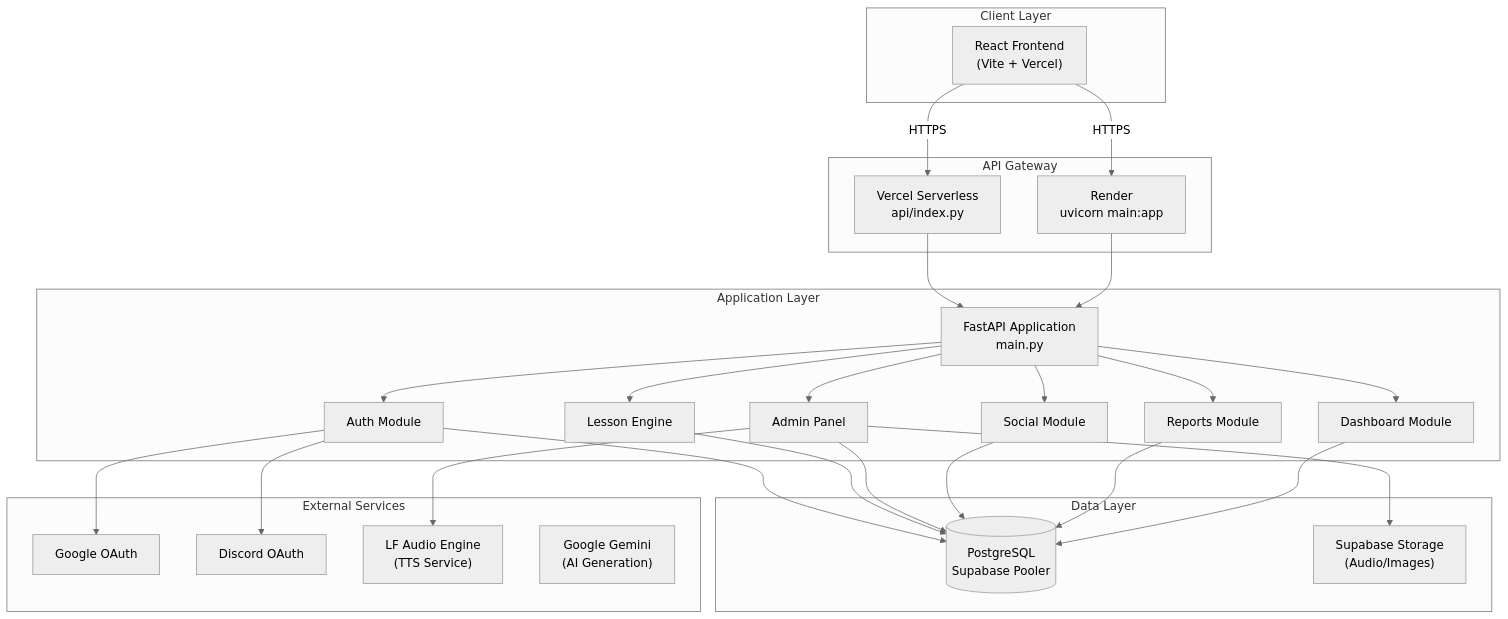
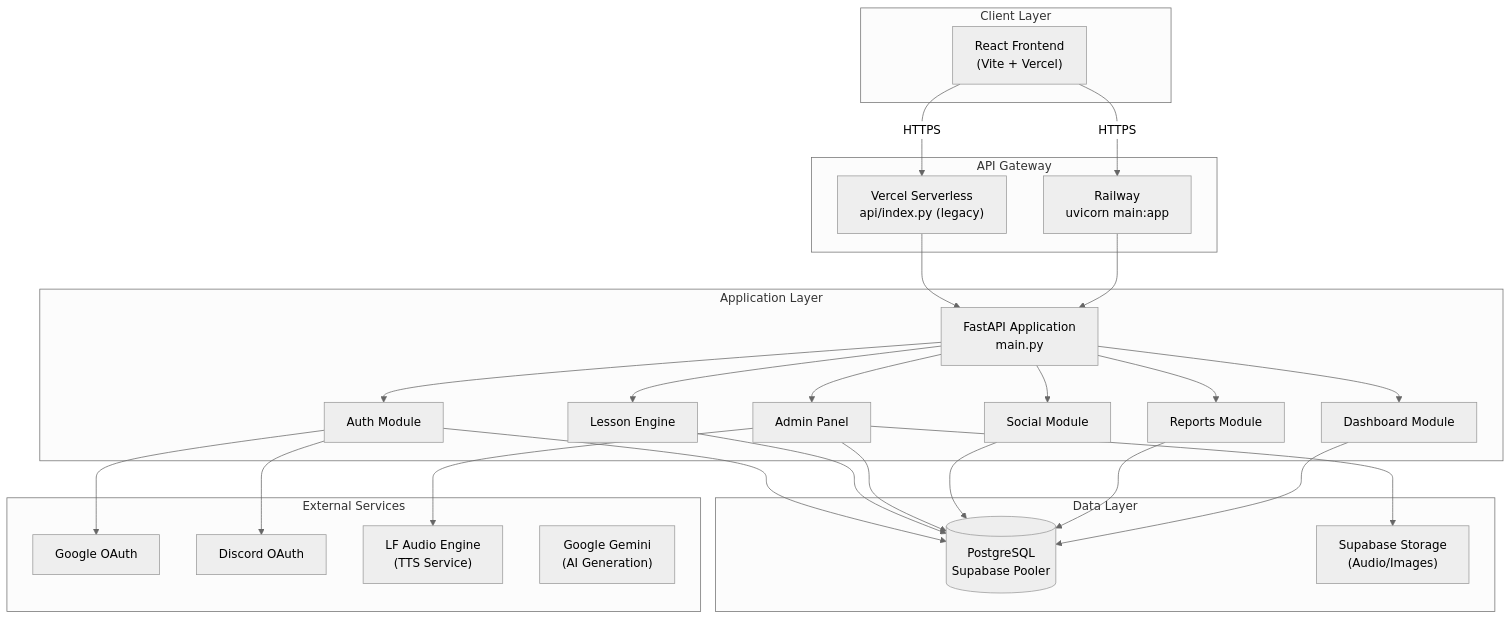
One commit to jesusvasquezjr3-littlefounders/LITTLEFOUNDERS-AI changed the first of 15 diagrams in backend/BACKEND_GUIDE.md. Above: the diagram before and after it, drawn with Mermaid (neutral theme). The commit also changed other lines of this file and 3 other files, not shown here.

````diff
--- a/backend/BACKEND_GUIDE.md
+++ b/backend/BACKEND_GUIDE.md
@@ -35,54 +35,54 @@
 ```mermaid
 graph TB
     subgraph "Client Layer"
         FE["React Frontend<br/>(Vite + Vercel)"]
     end
 
     subgraph "API Gateway"
-        VERCEL["Vercel Serverless<br/>api/index.py"]
-        RENDER["Render<br/>uvicorn main:app"]
+        VERCEL["Vercel Serverless<br/>api/index.py (legacy)"]
+        RAILWAY["Railway<br/>uvicorn main:app"]
     end
 
     subgraph "Application Layer"
         FAST["FastAPI Application<br/>main.py"]
         AUTH["Auth Module"]
         LE["Lesson Engine"]
         ADMIN["Admin Panel"]
         SOCIAL["Social Module"]
         REPORTS["Reports Module"]
         DASH["Dashboard Module"]
     end
 
     subgraph "Data Layer"
         DB[("PostgreSQL<br/>Supabase Pooler")]
         STORAGE["Supabase Storage<br/>(Audio/Images)"]
     end
 
     subgraph "External Services"
         GOOGLE["Google OAuth"]
         DISCORD["Discord OAuth"]
         AUDIO["LF Audio Engine<br/>(TTS Service)"]
         GEMINI["Google Gemini<br/>(AI Generation)"]
     end
 
     FE -->|HTTPS| VERCEL
-    FE -->|HTTPS| RENDER
+    FE -->|HTTPS| RAILWAY
     VERCEL --> FAST
-    RENDER --> FAST
+    RAILWAY --> FAST
     FAST --> AUTH
     FAST --> LE
     FAST --> ADMIN
     FAST --> SOCIAL
     FAST --> REPORTS
     FAST --> DASH
     AUTH --> DB
     LE --> DB
     ADMIN --> DB
     SOCIAL --> DB
     REPORTS --> DB
     DASH --> DB
     ADMIN --> STORAGE
     AUTH --> GOOGLE
     AUTH --> DISCORD
     ADMIN --> AUDIO
 ```
````
